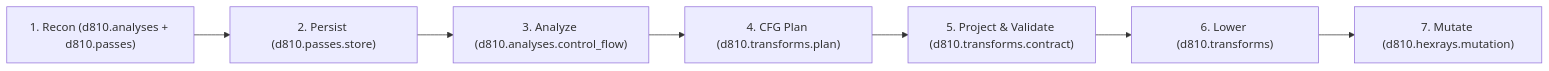
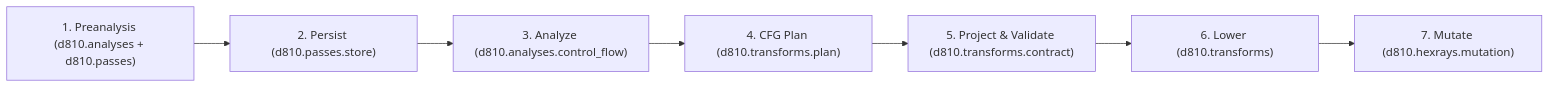
Before and after one commit to w00tzenheimer/d810-ng: the diagram in README.md, drawn with Mermaid. The commit also changed other lines of this file and 224 other files, not shown here.

````diff
--- a/README.md
+++ b/README.md
@@ -170,17 +170,17 @@
 ```mermaid
 graph LR
-    Recon["1. Recon (d810.analyses + d810.passes)"]
+    Preanalysis["1. Preanalysis (d810.analyses + d810.passes)"]
     Persist["2. Persist (d810.passes.store)"]
     Analyze["3. Analyze (d810.analyses.control_flow)"]
     Plan["4. CFG Plan (d810.transforms.plan)"]
     Project["5. Project & Validate (d810.transforms.contract)"]
     Lower["6. Lower (d810.transforms)"]
     Mutate["7. Mutate (d810.hexrays.mutation)"]
 
-    Recon --> Persist
+    Preanalysis --> Persist
     Persist --> Analyze
     Analyze --> Plan
     Plan --> Project
     Project --> Lower
     Lower --> Mutate
 ```
````
